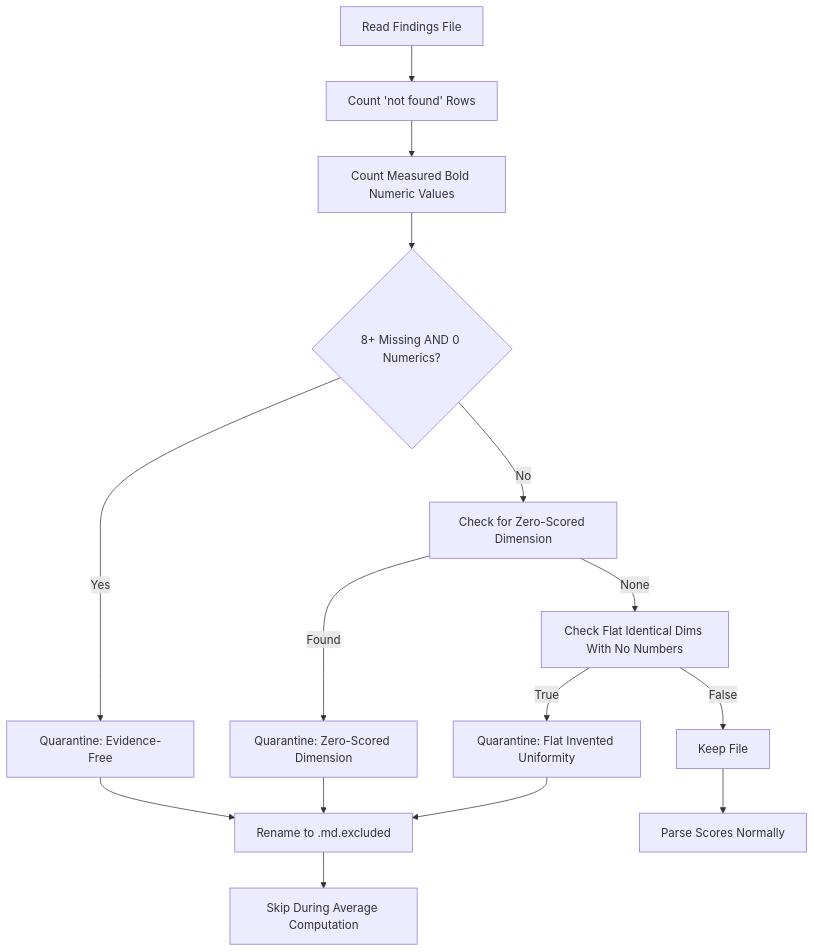
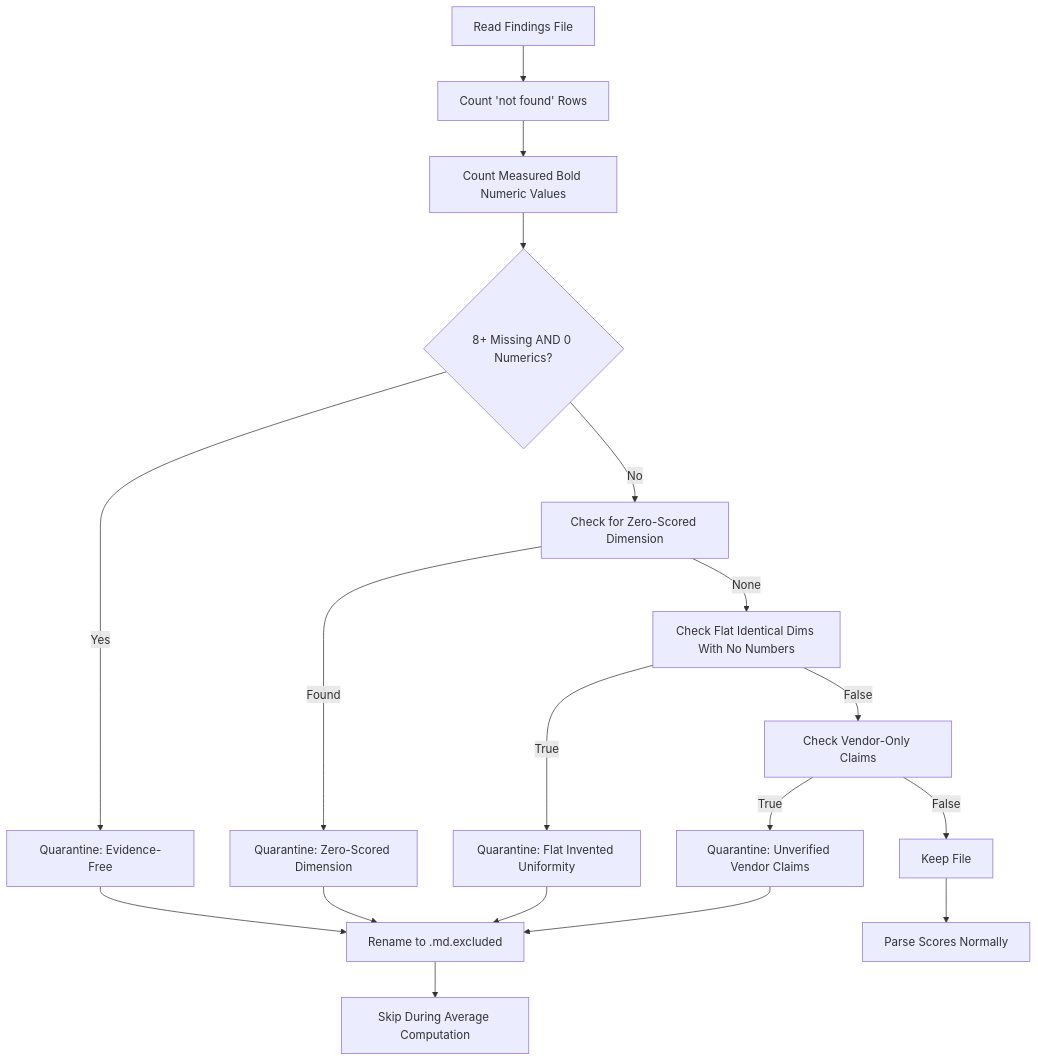
Before and after one commit to delirium-dj/modelcomp: the fifth of 6 diagrams in .qoder/repowiki/en/content/Data Management System/Scoring Methodology & Algorithms.md, drawn with Mermaid. The commit also changed other lines of this file and 155 other files, not shown here.

````diff
--- a/.qoder/repowiki/en/content/Data Management System/Scoring Methodology & Algorithms.md
+++ b/.qoder/repowiki/en/content/Data Management System/Scoring Methodology & Algorithms.md
@@ -221,17 +249,20 @@
 ```mermaid
 flowchart TD
 ReadFile["Read Findings File"] --> CountMissing["Count 'not found' Rows"]
 CountMissing --> CountNumerics["Count Measured Bold Numeric Values"]
 CountNumerics --> CheckEvidence{"8+ Missing AND 0 Numerics?"}
 CheckEvidence --> |Yes| QuarantineEvidence["Quarantine: Evidence-Free"]
 CheckEvidence --> |No| CheckZero["Check for Zero-Scored Dimension"]
 CheckZero --> |Found| QuarantineZero["Quarantine: Zero-Scored Dimension"]
 CheckZero --> |None| CheckFlat["Check Flat Identical Dims With No Numbers"]
 CheckFlat --> |True| QuarantineFlat["Quarantine: Flat Invented Uniformity"]
-CheckFlat --> |False| Keep["Keep File"]
+CheckFlat --> |False| CheckVendor["Check Vendor-Only Claims"]
+CheckVendor --> |True| QuarantineVendor["Quarantine: Unverified Vendor Claims"]
+CheckVendor --> |False| Keep["Keep File"]
 QuarantineEvidence --> Rename["Rename to .md.excluded"]
 QuarantineZero --> Rename
 QuarantineFlat --> Rename
+QuarantineVendor --> Rename
 Keep --> Parse["Parse Scores Normally"]
 Rename --> Skip["Skip During Average Computation"]
 ```
````
